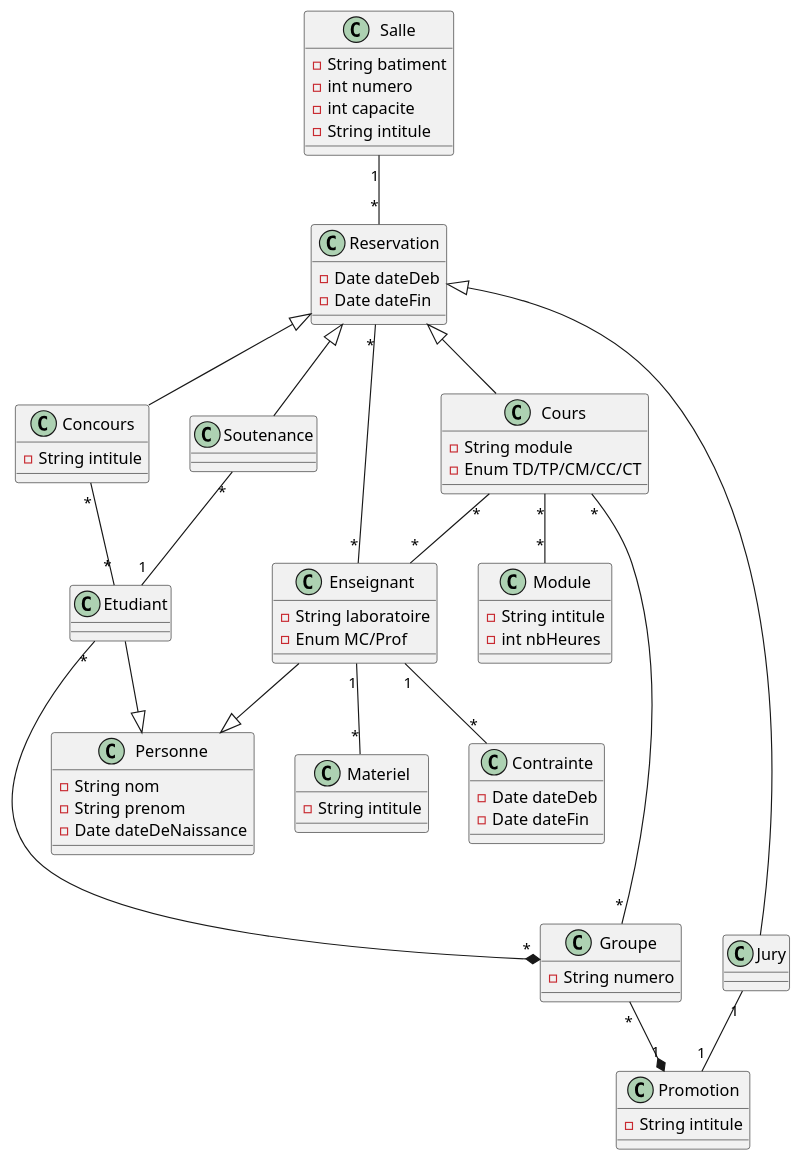
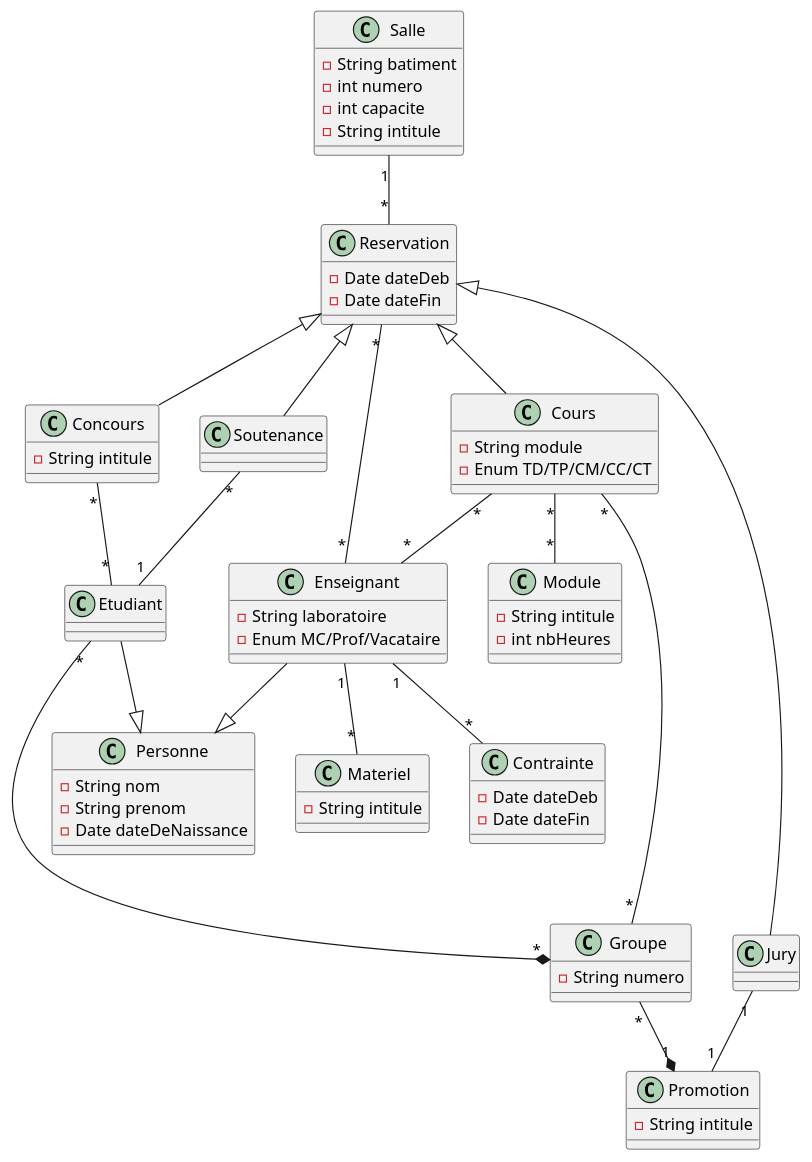
The diagram in ClassDiagram.iuml (El-Sashok/UltraPlanning), drawn with PlantUML before and after one commit.

```diff
--- a/ClassDiagram.iuml
+++ b/ClassDiagram.iuml
@@ -1,97 +1,97 @@
 @startuml
 
 class Salle {
     -String batiment
     -int numero
     -int capacite
     -String intitule
 }
 
 class Cours {
     -String module
     -Enum TD/TP/CM/CC/CT
 }
 
 class Personne {
     -String nom
     -String prenom
     -Date dateDeNaissance
 }
 
 class Promotion {
     -String intitule
 }
 
 class Module {
     -String intitule
     -int nbHeures
 }
 
 class Materiel {
     -String intitule
 }
 
 class Contrainte {
     -Date dateDeb
     -Date dateFin
 }
 
 class Groupe {
     -String numero
 }
 
 class Etudiant
 
 class Enseignant {
     -String laboratoire
-    -Enum MC/Prof
+    -Enum MC/Prof/Vacataire
 }
 
 class Reservation {
     -Date dateDeb
     -Date dateFin
 }
 
 class Jury
 
 class Concours {
     -String intitule
 }
 
 Salle "1" -- "*" Reservation
 
 Etudiant "*" --* "*" Groupe
 
 Groupe "*" --* "1" Promotion 
 
 Cours "*" -- "*" Enseignant
 
 Cours "*" ---- "*" Groupe
 
 Cours "*" -- "*" Module
 
 Enseignant "1" -- "*" Materiel
 
 Enseignant "1" -- "*" Contrainte
 
 Cours -up-|> Reservation
 
 Soutenance -up-|> Reservation
 
 Jury -up-|> Reservation
 
 Concours -up-|> Reservation
 
 Etudiant --|> Personne
 
 Enseignant --|> Personne
 
 Concours "*" -- "*" Etudiant
 
 Reservation "*" -- "*" Enseignant
 
 Jury "1" -- "1" Promotion
 
 Soutenance "*" -- "1" Etudiant
 
 @enduml
```
